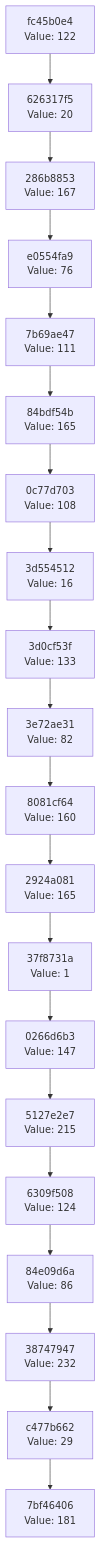
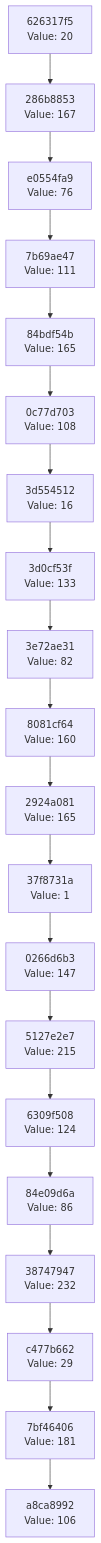
The diagram in docs/CHAIN_VISUALIZATION.md (Abhisheksinha1506/hash-chain-evolver), drawn with Mermaid before and after one commit. The commit also changed 3 other files, not shown here.

````diff
--- a/docs/CHAIN_VISUALIZATION.md
+++ b/docs/CHAIN_VISUALIZATION.md
@@ -3,42 +3,42 @@
 ```mermaid
 graph TD
-    C0["7bf46406<br/>Value: 181"]
-    C1["c477b662<br/>Value: 29"]
+    C0["a8ca8992<br/>Value: 106"]
+    C1["7bf46406<br/>Value: 181"]
     C1 --> C0
-    C2["38747947<br/>Value: 232"]
+    C2["c477b662<br/>Value: 29"]
     C2 --> C1
-    C3["84e09d6a<br/>Value: 86"]
+    C3["38747947<br/>Value: 232"]
     C3 --> C2
-    C4["6309f508<br/>Value: 124"]
+    C4["84e09d6a<br/>Value: 86"]
     C4 --> C3
-    C5["5127e2e7<br/>Value: 215"]
+    C5["6309f508<br/>Value: 124"]
     C5 --> C4
-    C6["0266d6b3<br/>Value: 147"]
+    C6["5127e2e7<br/>Value: 215"]
     C6 --> C5
-    C7["37f8731a<br/>Value: 1"]
+    C7["0266d6b3<br/>Value: 147"]
     C7 --> C6
-    C8["2924a081<br/>Value: 165"]
+    C8["37f8731a<br/>Value: 1"]
     C8 --> C7
-    C9["8081cf64<br/>Value: 160"]
+    C9["2924a081<br/>Value: 165"]
     C9 --> C8
-    C10["3e72ae31<br/>Value: 82"]
+    C10["8081cf64<br/>Value: 160"]
     C10 --> C9
-    C11["3d0cf53f<br/>Value: 133"]
+    C11["3e72ae31<br/>Value: 82"]
     C11 --> C10
-    C12["3d554512<br/>Value: 16"]
+    C12["3d0cf53f<br/>Value: 133"]
     C12 --> C11
-    C13["0c77d703<br/>Value: 108"]
+    C13["3d554512<br/>Value: 16"]
     C13 --> C12
-    C14["84bdf54b<br/>Value: 165"]
+    C14["0c77d703<br/>Value: 108"]
     C14 --> C13
-    C15["7b69ae47<br/>Value: 111"]
+    C15["84bdf54b<br/>Value: 165"]
     C15 --> C14
-    C16["e0554fa9<br/>Value: 76"]
+    C16["7b69ae47<br/>Value: 111"]
     C16 --> C15
-    C17["286b8853<br/>Value: 167"]
+    C17["e0554fa9<br/>Value: 76"]
     C17 --> C16
-    C18["626317f5<br/>Value: 20"]
+    C18["286b8853<br/>Value: 167"]
     C18 --> C17
-    C19["fc45b0e4<br/>Value: 122"]
+    C19["626317f5<br/>Value: 20"]
     C19 --> C18
 ```
````
